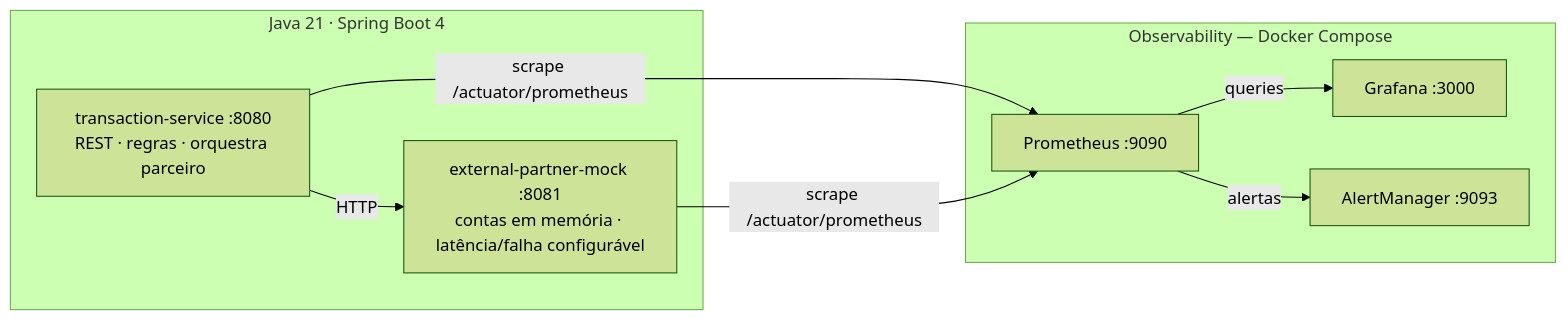
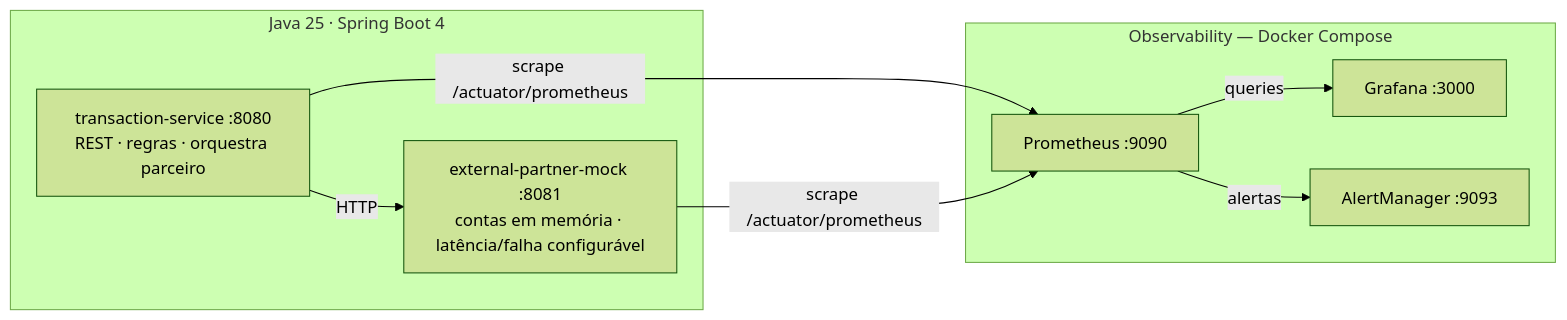
Before and after one commit to rgalvao93/pix-transaction-observability: the seventh of 10 diagrams in docs/system-design.md, drawn with Mermaid (forest theme). The commit also changed other lines of this file and 12 other files, not shown here.

````diff
--- a/docs/system-design.md
+++ b/docs/system-design.md
@@ -254,17 +254,17 @@
 ```mermaid
 flowchart LR
-    subgraph Services[Java 21 · Spring Boot 4]
+    subgraph Services[Java 25 · Spring Boot 4]
         TS[transaction-service :8080<br/>REST · regras · orquestra parceiro]
         PM[external-partner-mock :8081<br/>contas em memória · latência/falha configurável]
     end
     subgraph Obs[Observability — Docker Compose]
         PR[Prometheus :9090]
         GR[Grafana :3000]
         AM[AlertManager :9093]
     end
     TS -->|HTTP| PM
     TS -->|scrape /actuator/prometheus| PR
     PM -->|scrape /actuator/prometheus| PR
     PR -->|alertas| AM
     PR -->|queries| GR
 ```
````
